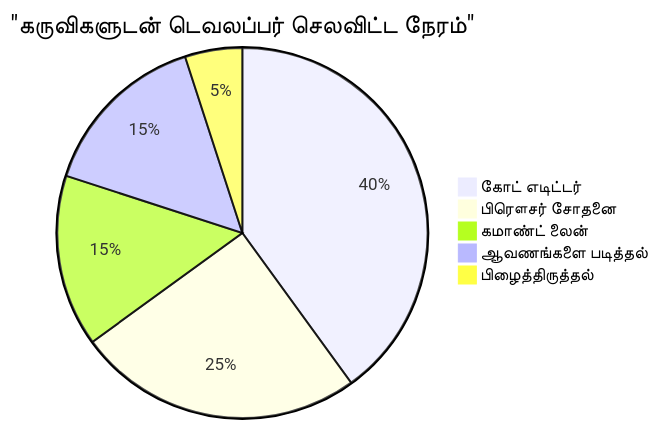
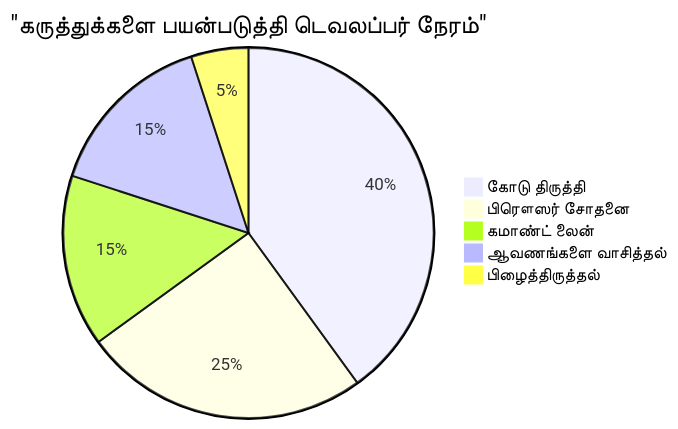
Before and after one commit to microsoft/Web-Dev-For-Beginners: the sixth of 7 diagrams in translations/ta/1-getting-started-lessons/1-intro-to-programming-languages/README.md, drawn with Mermaid. The commit also changed other lines of this file and 8 other files, not shown here.

````diff
--- a/translations/ta/1-getting-started-lessons/1-intro-to-programming-languages/README.md
+++ b/translations/ta/1-getting-started-lessons/1-intro-to-programming-languages/README.md
@@ -706,8 +713,8 @@
 ```mermaid
-pie title "கருவிகளுடன் டெவலப்பர் செலவிட்ட நேரம்"
-    "கோட் எடிட்டர்" : 40
-    "பிரௌசர் சோதனை" : 25
+pie title "கருத்துக்களை பயன்படுத்தி டெவலப்பர் நேரம்"
+    "கோடு திருத்தி" : 40
+    "பிரௌஸர் சோதனை" : 25
     "கமாண்ட் லைன்" : 15
-    "ஆவணங்களை படித்தல்" : 15
+    "ஆவணங்களை வாசித்தல்" : 15
     "பிழைத்திருத்தல்" : 5
 ```
````
